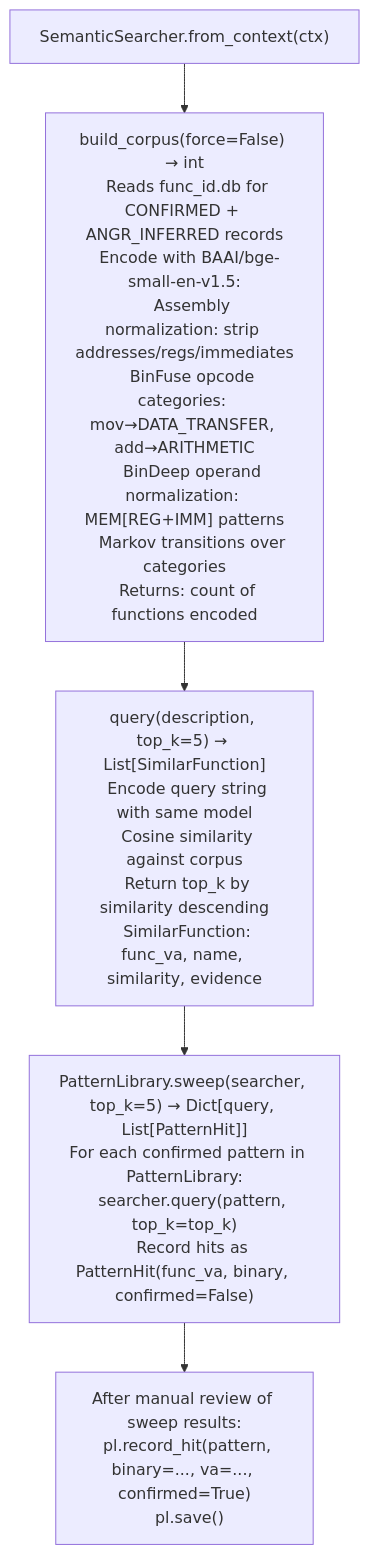
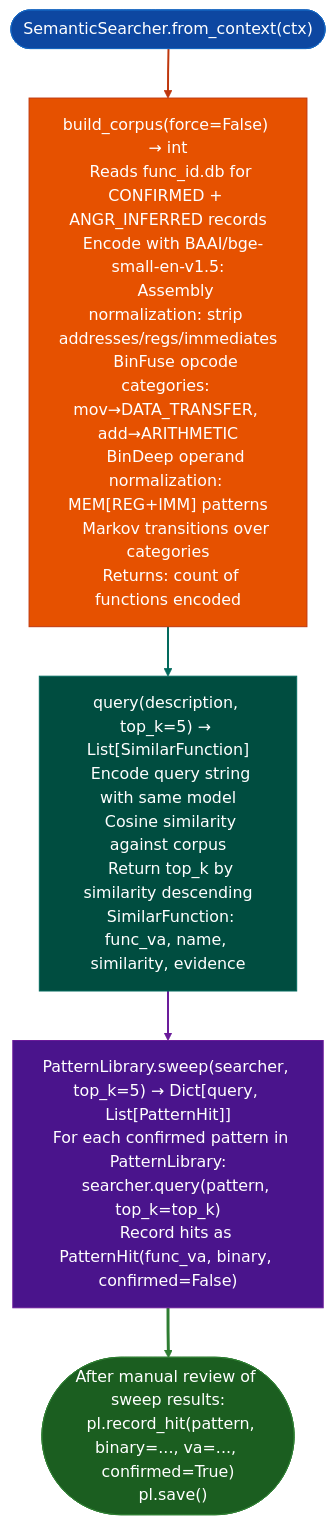
The diagram in docs/reference-modules/generic-vulnerability-profile-sweeps.md (Ablation-Tool/ablation), drawn with Mermaid before and after one commit. The commit also changed 320 other files, not shown here.

First line of the commit message:
docs: apply canonical Mermaid template to all 321 diagrams

````diff
--- a/docs/reference-modules/generic-vulnerability-profile-sweeps.md
+++ b/docs/reference-modules/generic-vulnerability-profile-sweeps.md
@@ -19,7 +19,17 @@
 ```mermaid
 flowchart TD
-    A["SemanticSearcher.from_context(ctx)"] --> B["build_corpus(force=False) → int\n  Reads func_id.db for CONFIRMED + ANGR_INFERRED records\n  Encode with BAAI/bge-small-en-v1.5:\n    Assembly normalization: strip addresses/regs/immediates\n    BinFuse opcode categories: mov→DATA_TRANSFER, add→ARITHMETIC\n    BinDeep operand normalization: MEM[REG+IMM] patterns\n    Markov transitions over categories\n  Returns: count of functions encoded"]
-    B --> C["query(description, top_k=5) → List[SimilarFunction]\n  Encode query string with same model\n  Cosine similarity against corpus\n  Return top_k by similarity descending\n  SimilarFunction: func_va, name, similarity, evidence"]
-    C --> D["PatternLibrary.sweep(searcher, top_k=5) → Dict[query, List[PatternHit]]\n  For each confirmed pattern in PatternLibrary:\n    searcher.query(pattern, top_k=top_k)\n    Record hits as PatternHit(func_va, binary, confirmed=False)"]
-    D --> E["After manual review of sweep results:\n  pl.record_hit(pattern, binary=..., va=..., confirmed=True)\n  pl.save()"]
+    A(["SemanticSearcher.from_context(ctx)"]):::input --> B["build_corpus(force=False) → int\n  Reads func_id.db for CONFIRMED + ANGR_INFERRED records\n  Encode with BAAI/bge-small-en-v1.5:\n    Assembly normalization: strip addresses/regs/immediates\n    BinFuse opcode categories: mov→DATA_TRANSFER, add→ARITHMETIC\n    BinDeep operand normalization: MEM[REG+IMM] patterns\n    Markov transitions over categories\n  Returns: count of functions encoded"]:::primary
+    B:::primary --> C["query(description, top_k=5) → List[SimilarFunction]\n  Encode query string with same model\n  Cosine similarity against corpus\n  Return top_k by similarity descending\n  SimilarFunction: func_va, name, similarity, evidence"]:::secondary
+    C:::secondary --> D["PatternLibrary.sweep(searcher, top_k=5) → Dict[query, List[PatternHit]]\n  For each confirmed pattern in PatternLibrary:\n    searcher.query(pattern, top_k=top_k)\n    Record hits as PatternHit(func_va, binary, confirmed=False)"]:::tertiary
+    D:::tertiary --> E(["After manual review of sweep results:\n  pl.record_hit(pattern, binary=..., va=..., confirmed=True)\n  pl.save()"]):::output
+    classDef input     fill:#0d47a1,stroke:#1565c0,color:#fff
+    classDef primary   fill:#e65100,stroke:#bf360c,color:#fff
+    classDef secondary fill:#004d40,stroke:#00695c,color:#fff
+    classDef tertiary  fill:#4a148c,stroke:#6a1b9a,color:#fff
+    classDef neutral   fill:#37474f,stroke:#546e7a,color:#fff
+    classDef output    fill:#1b5e20,stroke:#2e7d32,color:#fff
+    linkStyle 0 stroke:#bf360c,stroke-width:2px
+    linkStyle 1 stroke:#00695c,stroke-width:2px
+    linkStyle 2 stroke:#6a1b9a,stroke-width:2px
+    linkStyle 3 stroke:#2e7d32,stroke-width:3px
 ```
````
